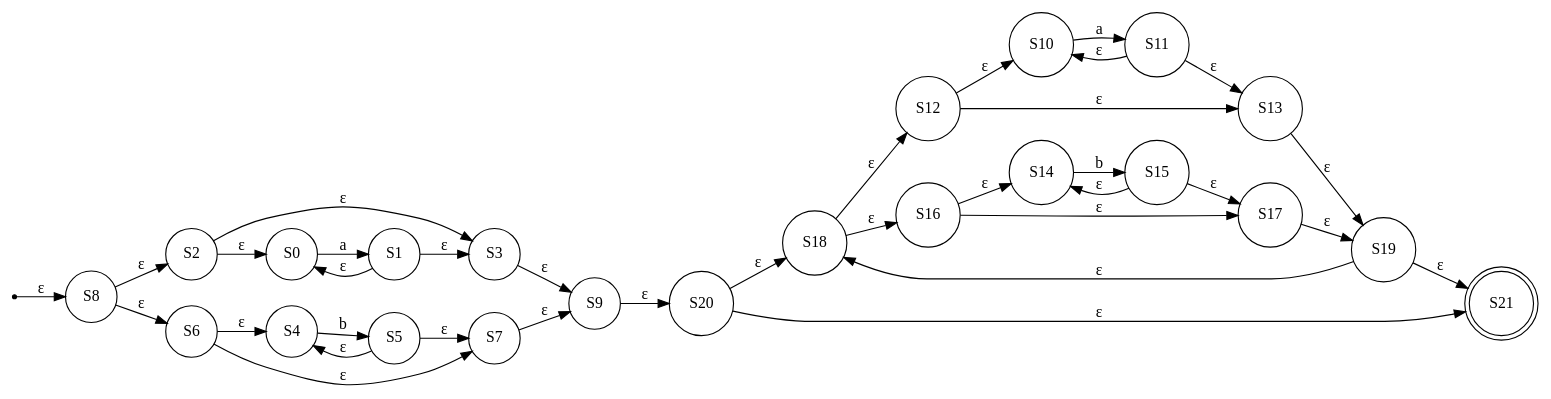
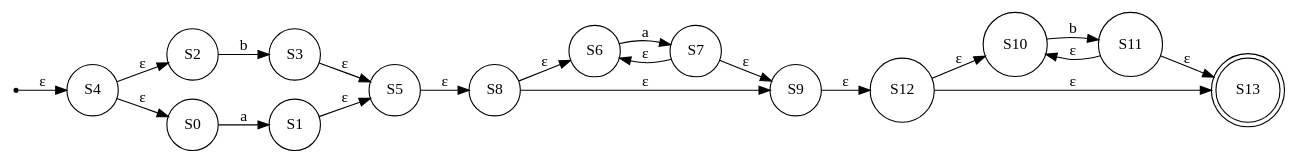
One commit to DiggsPapu/TeoriaComputacion changed the diagram in Graphs/AFN/afn1.dot. Above: the diagram before and after it, drawn with Graphviz. The commit also changed 20 other files, not shown here.

```diff
--- a/Graphs/AFN/afn1.dot
+++ b/Graphs/AFN/afn1.dot
@@ -1,60 +1,37 @@
 digraph AFN{
 node [shape=circle];
 rankdir=LR;
 init [label="", shape=point];
 S1 [label="S1"];
 S2 [label="S2"];
 S3 [label="S3"];
 S4 [label="S4"];
 S5 [label="S5"];
 S6 [label="S6"];
 S7 [label="S7"];
 S8 [label="S8"];
 S9 [label="S9"];
 S10 [label="S10"];
 S11 [label="S11"];
 S12 [label="S12"];
-S13 [label="S13"];
-S14 [label="S14"];
-S15 [label="S15"];
-S16 [label="S16"];
-S17 [label="S17"];
-S18 [label="S18"];
-S19 [label="S19"];
-S20 [label="S20"];
-S21[shape=doublecircle] [label="S21"];
+S13[shape=doublecircle] [label="S13"];
 S0->S1[label="a"];
-S1->S0[label="ε"];
-S1->S3[label="ε"];
-S2->S3[label="ε"];
-S2->S0[label="ε"];
-S3->S9[label="ε"];
-S4->S5[label="b"];
-S5->S4[label="ε"];
-S5->S7[label="ε"];
-S6->S7[label="ε"];
-S6->S4[label="ε"];
+S1->S5[label="ε"];
+S2->S3[label="b"];
+S3->S5[label="ε"];
+init->S4[label="ε"];
+S4->S0[label="ε"];
+S4->S2[label="ε"];
+S5->S8[label="ε"];
+S6->S7[label="a"];
+S7->S6[label="ε"];
 S7->S9[label="ε"];
-init->S8[label="ε"];
-S8->S2[label="ε"];
+S8->S9[label="ε"];
 S8->S6[label="ε"];
-S9->S20[label="ε"];
-S10->S11[label="a"];
+S9->S12[label="ε"];
+S10->S11[label="b"];
 S11->S10[label="ε"];
 S11->S13[label="ε"];
 S12->S13[label="ε"];
 S12->S10[label="ε"];
-S13->S19[label="ε"];
-S14->S15[label="b"];
-S15->S14[label="ε"];
-S15->S17[label="ε"];
-S16->S17[label="ε"];
-S16->S14[label="ε"];
-S17->S19[label="ε"];
-S18->S12[label="ε"];
-S18->S16[label="ε"];
-S19->S18[label="ε"];
-S19->S21[label="ε"];
-S20->S21[label="ε"];
-S20->S18[label="ε"];
 }
```
